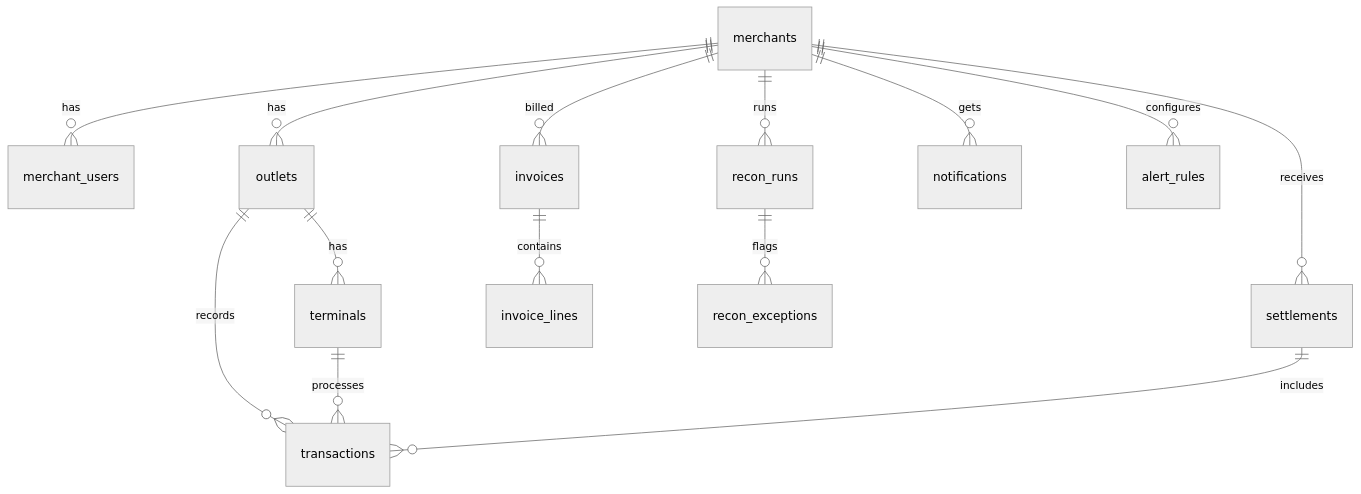
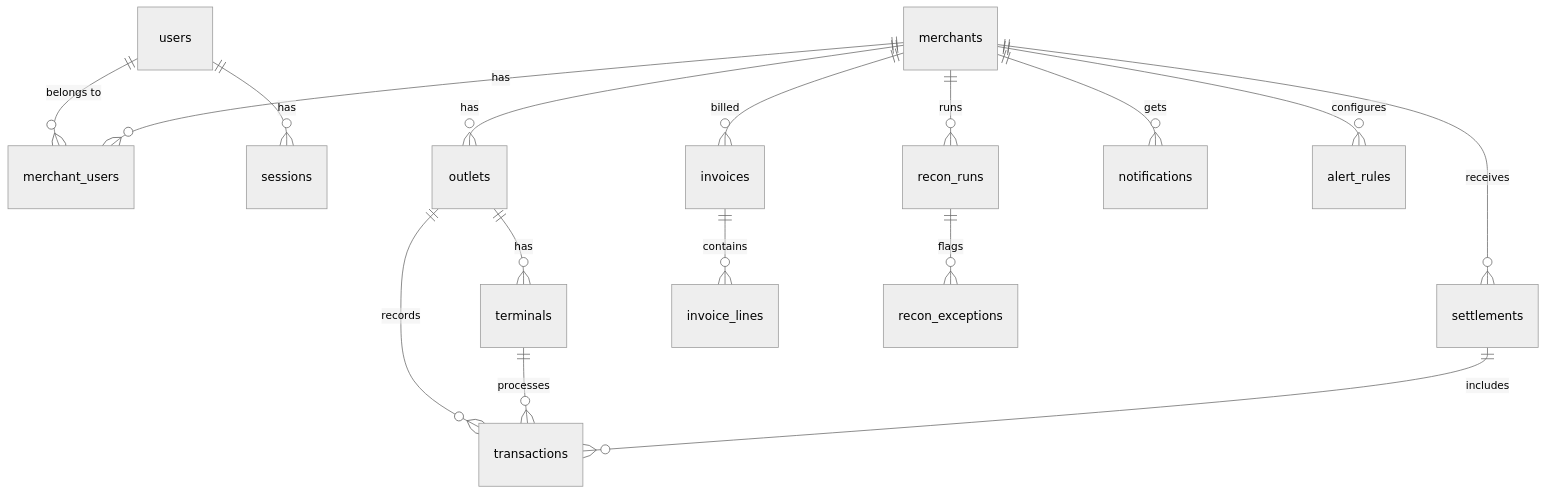
The second of 2 diagrams in docs/02-technical-design.md (24042452/FYP-Project), drawn with Mermaid (neutral theme) before and after one commit. The commit also changed other lines of this file and 7 other files, not shown here.

````diff
--- a/docs/02-technical-design.md
+++ b/docs/02-technical-design.md
@@ -75,16 +99,18 @@
 ```mermaid
 erDiagram
+  users ||--o{ merchant_users : "belongs to"
+  users ||--o{ sessions : has
   merchants ||--o{ merchant_users : has
   merchants ||--o{ outlets : has
   outlets ||--o{ terminals : has
   outlets ||--o{ transactions : records
   terminals ||--o{ transactions : processes
   merchants ||--o{ settlements : receives
   settlements ||--o{ transactions : includes
   merchants ||--o{ invoices : billed
   invoices ||--o{ invoice_lines : contains
   merchants ||--o{ recon_runs : runs
   recon_runs ||--o{ recon_exceptions : flags
   merchants ||--o{ notifications : gets
   merchants ||--o{ alert_rules : configures
 ```
````
